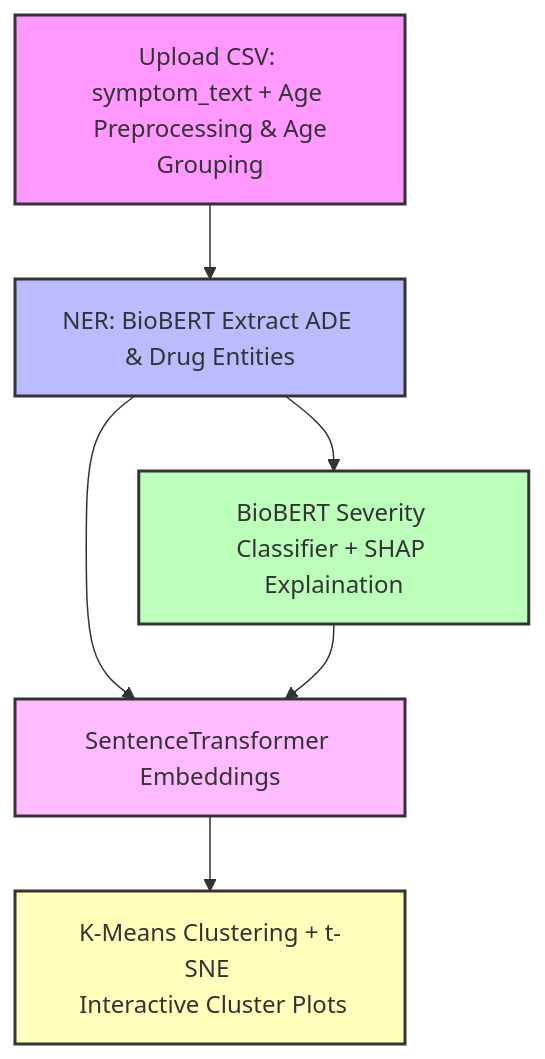
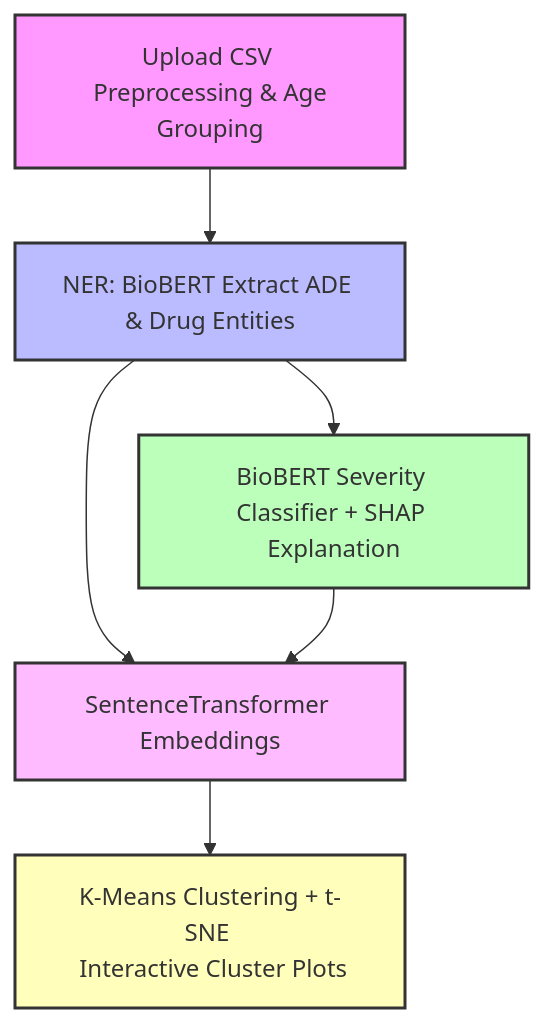
One commit to Sugiuma/ADEGuard changed the fourth of 4 diagrams in README.md. Above: the diagram before and after it, drawn with Mermaid.

````diff
--- a/README.md
+++ b/README.md
@@ -224,22 +224,22 @@
 ```mermaid
 flowchart TD
-    A[Upload CSV: symptom_text + Age <br> Preprocessing & Age Grouping]
+    A[Upload CSV <br> Preprocessing & Age Grouping]
 
     A --> C[NER: BioBERT Extract ADE & Drug Entities]
 
-    C --> D[BioBERT Severity Classifier + SHAP Explaination]
+    C --> D[BioBERT Severity Classifier + SHAP Explanation]
 
     C --> E[SentenceTransformer Embeddings]
     D --> E
 
     E --> F[K-Means Clustering + t-SNE <br> Interactive Cluster Plots]
    
 
     style A fill:#f9f,stroke:#333,stroke-width:2px
  
     style C fill:#bbf,stroke:#333,stroke-width:2px
     style D fill:#bfb,stroke:#333,stroke-width:2px
     style E fill:#fbf,stroke:#333,stroke-width:2px
     style F fill:#ffb,stroke:#333,stroke-width:2px
     
 ```
````
